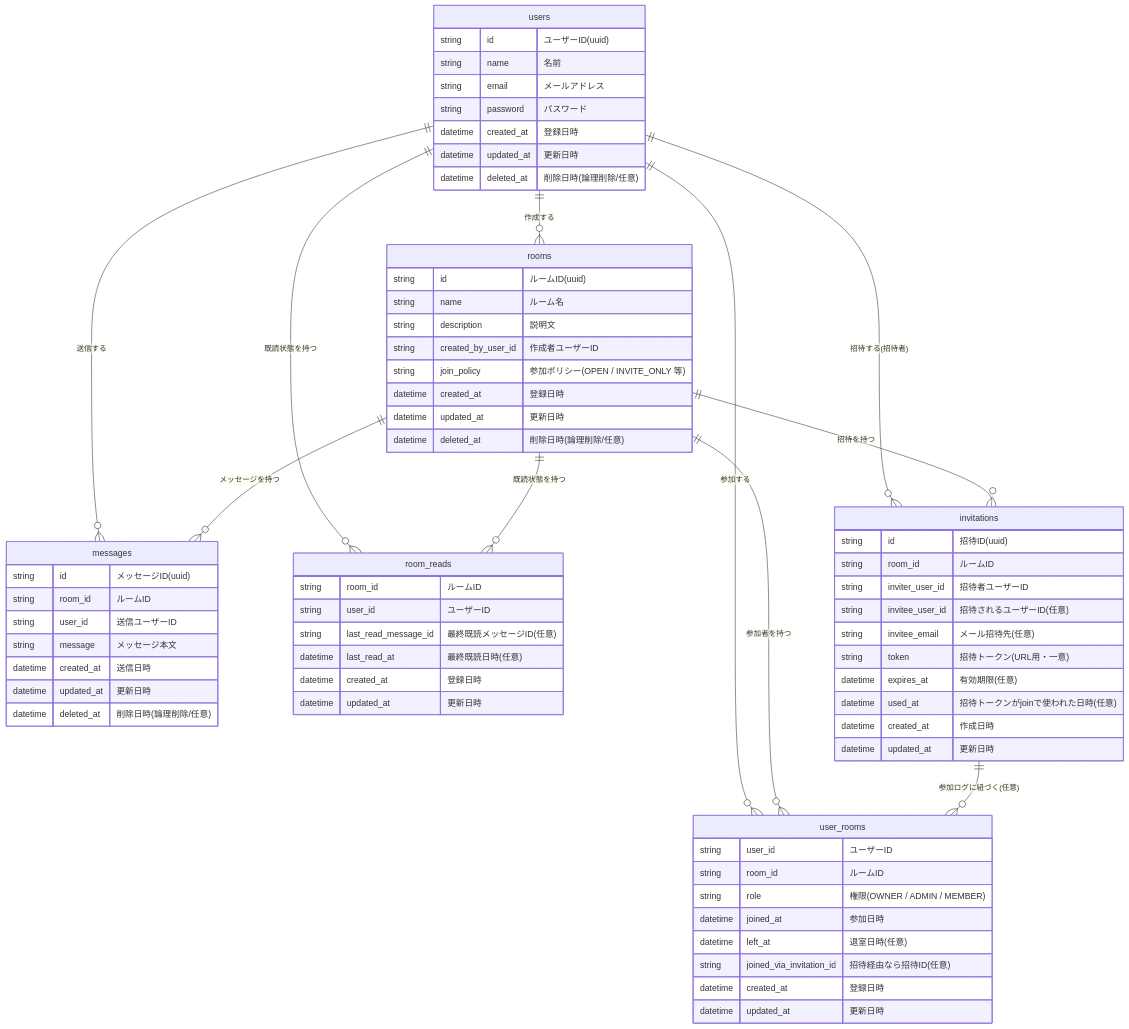
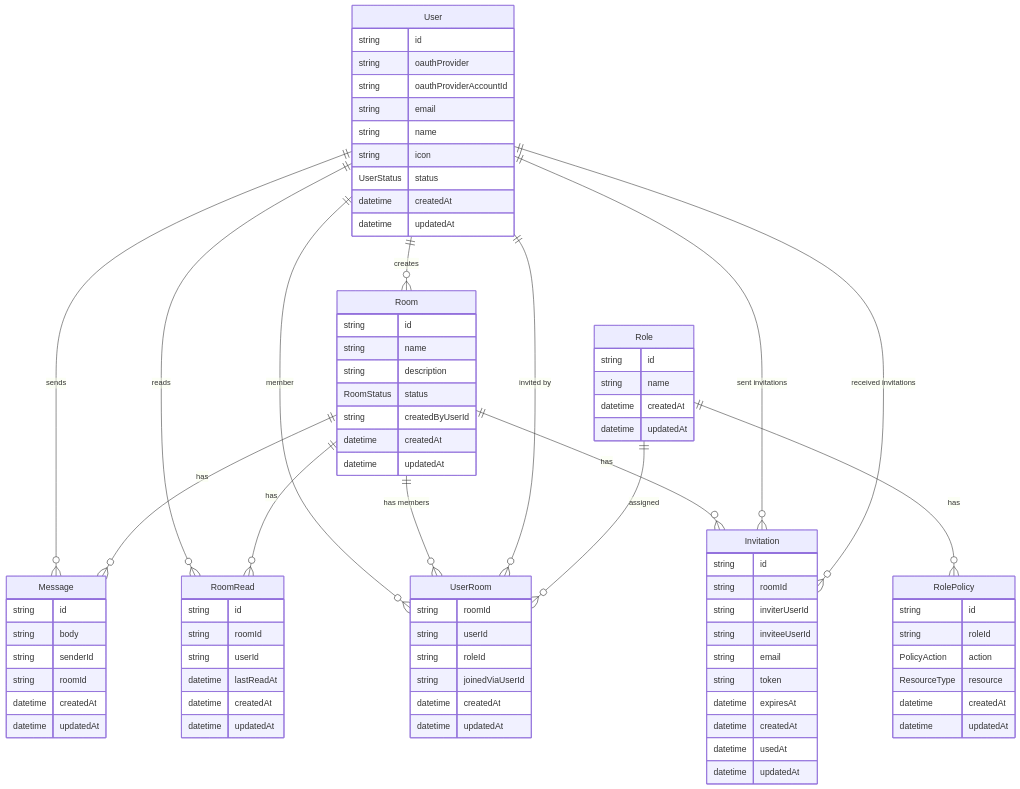
The first of 4 diagrams in README.md (onodera1215/nextjs15-chat), drawn with Mermaid before and after one commit. The commit also changed 4 other files, not shown here.

````diff
--- a/README.md
+++ b/README.md
@@ -9,79 +7,113 @@
 ```mermaid
 erDiagram
-    users ||--o{ rooms : "作成する"
-    users ||--o{ user_rooms : "参加する"
-    users ||--o{ messages : "送信する"
-    users ||--o{ room_reads : "既読状態を持つ"
-    users ||--o{ invitations : "招待する(招待者)"
 
-    rooms ||--o{ user_rooms : "参加者を持つ"
-    rooms ||--o{ messages : "メッセージを持つ"
-    rooms ||--o{ room_reads : "既読状態を持つ"
-    rooms ||--o{ invitations : "招待を持つ"
-
-    invitations ||--o{ user_rooms : "参加ログに紐づく(任意)"
-
-    users {
-        string id "ユーザーID(uuid)"
-        string name "名前"
-        string email "メールアドレス"
-        string password "パスワード"
-        datetime created_at "登録日時"
-        datetime updated_at "更新日時"
-        datetime deleted_at "削除日時(論理削除/任意)"
+    User {
+        string id
+        string oauthProvider
+        string oauthProviderAccountId
+        string email
+        string name
+        string icon
+        UserStatus status
+        datetime createdAt
+        datetime updatedAt
     }
 
-    rooms {
-        string id "ルームID(uuid)"
-        string name "ルーム名"
-        string description "説明文"
-        string created_by_user_id "作成者ユーザーID"
-        string join_policy "参加ポリシー(OPEN / INVITE_ONLY 等)"
-        datetime created_at "登録日時"
-        datetime updated_at "更新日時"
-        datetime deleted_at "削除日時(論理削除/任意)"
+    Room {
+        string id
+        string name
+        string description
+        RoomStatus status
+        string createdByUserId
+        datetime createdAt
+        datetime updatedAt
     }
 
-    user_rooms {
-        string user_id "ユーザーID"
-        string room_id "ルームID"
-        string role "権限(OWNER / ADMIN / MEMBER)"
-        datetime joined_at "参加日時"
-        datetime left_at "退室日時(任意)"
-        string joined_via_invitation_id "招待経由なら招待ID(任意)"
-        datetime created_at "登録日時"
-        datetime updated_at "更新日時"
+    UserRoom {
+        string roomId
+        string userId
+        string roleId
+        string joinedViaUserId
+        datetime createdAt
+        datetime updatedAt
     }
 
-    messages {
-        string id "メッセージID(uuid)"
-        string room_id "ルームID"
-        string user_id "送信ユーザーID"
-        string message "メッセージ本文"
-        datetime created_at "送信日時"
-        datetime updated_at "更新日時"
-        datetime deleted_at "削除日時(論理削除/任意)"
+    Invitation {
+        string id
+        string roomId
+        string inviterUserId
+        string inviteeUserId
+        string email
+        string token
+        datetime expiresAt
+        datetime createdAt
+        datetime usedAt
+        datetime updatedAt
     }
 
-    room_reads {
-        string room_id "ルームID"
-        string user_id "ユーザーID"
-        string last_read_message_id "最終既読メッセージID(任意)"
-        datetime last_read_at "最終既読日時(任意)"
-        datetime created_at "登録日時"
-        datetime updated_at "更新日時"
+    Message {
+        string id
+        string body
+        string senderId
+        string roomId
+        datetime createdAt
+        datetime updatedAt
     }
 
-    invitations {
-        string id "招待ID(uuid)"
-        string room_id "ルームID"
-        string inviter_user_id "招待者ユーザーID"
-        string invitee_user_id "招待されるユーザーID(任意)"
-        string invitee_email "メール招待先(任意)"
-        string token "招待トークン(URL用・一意)"
-        datetime expires_at "有効期限(任意)"
-        datetime used_at "招待トークンがjoinで使われた日時(任意)"
-        datetime created_at "作成日時"
-        datetime updated_at "更新日時"
+    RoomRead {
+        string id
+        string roomId
+        string userId
+        datetime lastReadAt
+        datetime createdAt
+        datetime updatedAt
     }
+
+    Role {
+        string id
+        string name
+        datetime createdAt
+        datetime updatedAt
+    }
+
+    RolePolicy {
+        string id
+        string roleId
+        PolicyAction action
+        ResourceType resource
+        datetime createdAt
+        datetime updatedAt
+    }
+
+
+    %% ========================
+    %% Relations
+    %% ========================
+
+    %% User ↔ Room
+    User ||--o{ Room : "creates"
+
+    %% User ↔ Message
+    User ||--o{ Message : "sends"
+    Room ||--o{ Message : "has"
+
+    %% User ↔ RoomRead
+    User ||--o{ RoomRead : "reads"
+    Room ||--o{ RoomRead : "has"
+
+    %% User ↔ UserRoom (member)
+    User ||--o{ UserRoom : "member"
+    Room ||--o{ UserRoom : "has members"
+
+    %% UserRoom joined via invitation
+    User ||--o{ UserRoom : "invited by"
+
+    %% Role
+    Role ||--o{ UserRoom : "assigned"
+    Role ||--o{ RolePolicy : "has"
+
+    %% Invitation
+    Room ||--o{ Invitation : "has"
+    User ||--o{ Invitation : "sent invitations"
+    User ||--o{ Invitation : "received invitations"
 ```
````
